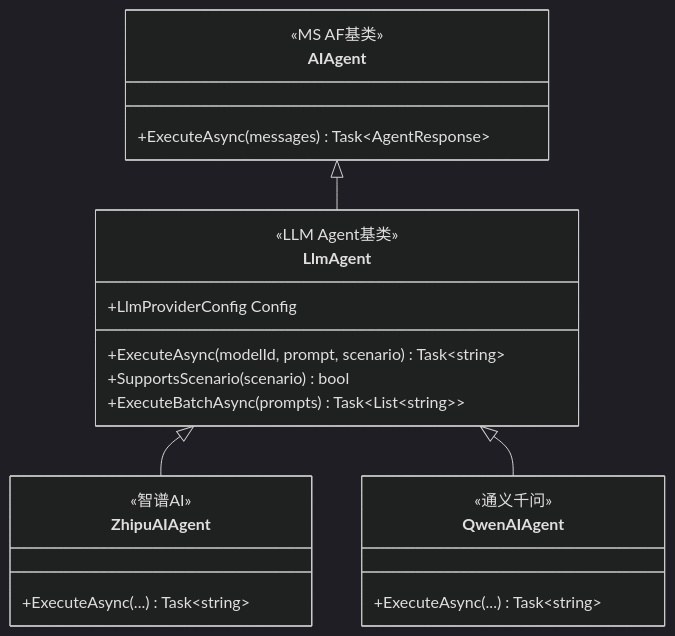
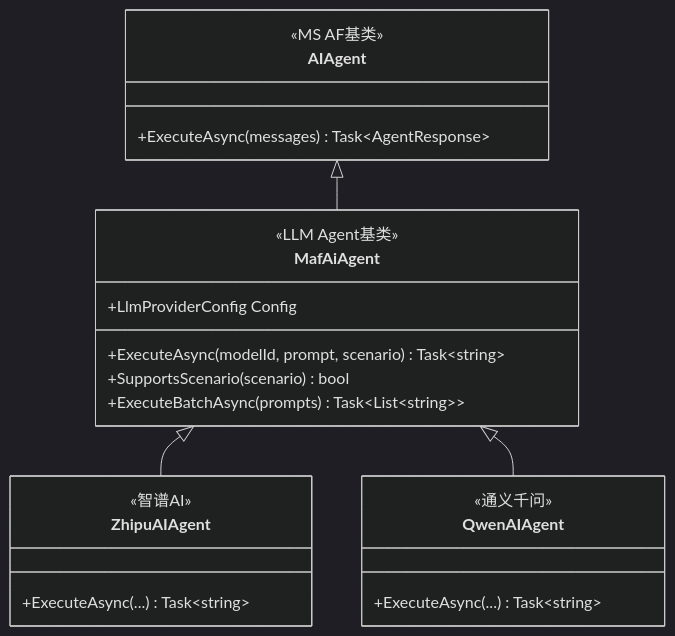
The second of 2 diagrams in docs/specs/09-implementation-guide.md (chenqilscy/multi-agent-task), drawn with Mermaid (dark theme) before and after one commit. The commit also changed other lines of this file and 58 other files, not shown here.

````diff
--- a/docs/specs/09-implementation-guide.md
+++ b/docs/specs/09-implementation-guide.md
@@ -470,29 +470,29 @@
 ```mermaid
 classDiagram
     class AIAgent {
         <<MS AF基类>>
         +ExecuteAsync(messages) Task~AgentResponse~
     }
 
-    class LlmAgent {
+    class MafAiAgent {
         <<LLM Agent基类>>
         +LlmProviderConfig Config
         +ExecuteAsync(modelId, prompt, scenario) Task~string~
         +SupportsScenario(scenario) bool
         +ExecuteBatchAsync(prompts) Task~List~string~~
     }
 
     class ZhipuAIAgent {
         <<智谱AI>>
         +ExecuteAsync(...) Task~string~
     }
 
     class QwenAIAgent {
         <<通义千问>>
         +ExecuteAsync(...) Task~string~
     }
 
-    AIAgent <|-- LlmAgent
-    LlmAgent <|-- ZhipuAIAgent
-    LlmAgent <|-- QwenAIAgent
+    AIAgent <|-- MafAiAgent
+    MafAiAgent <|-- ZhipuAIAgent
+    MafAiAgent <|-- QwenAIAgent
 ```
````
